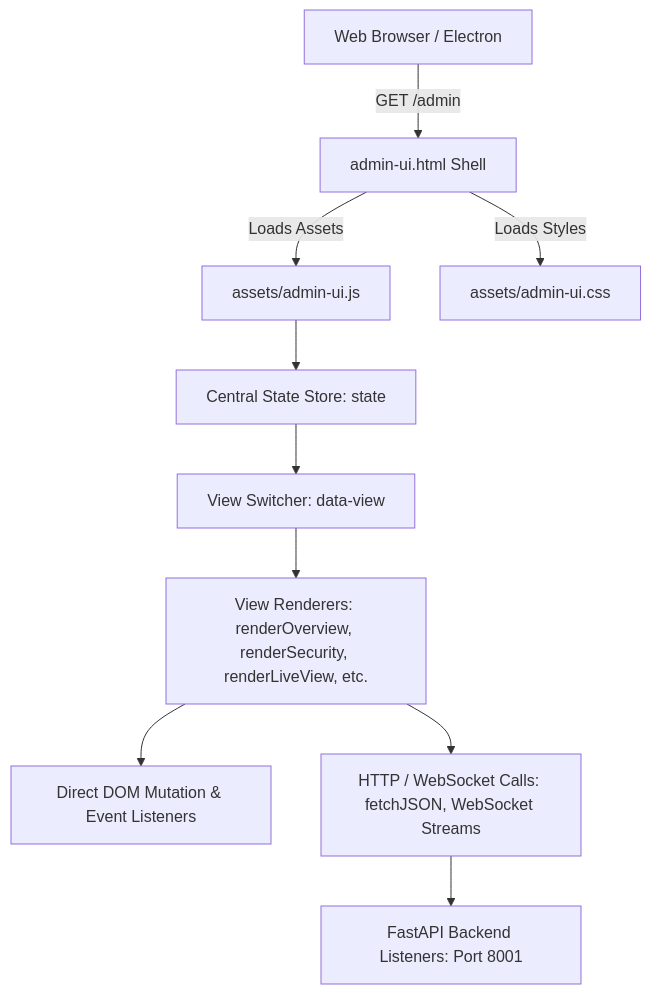
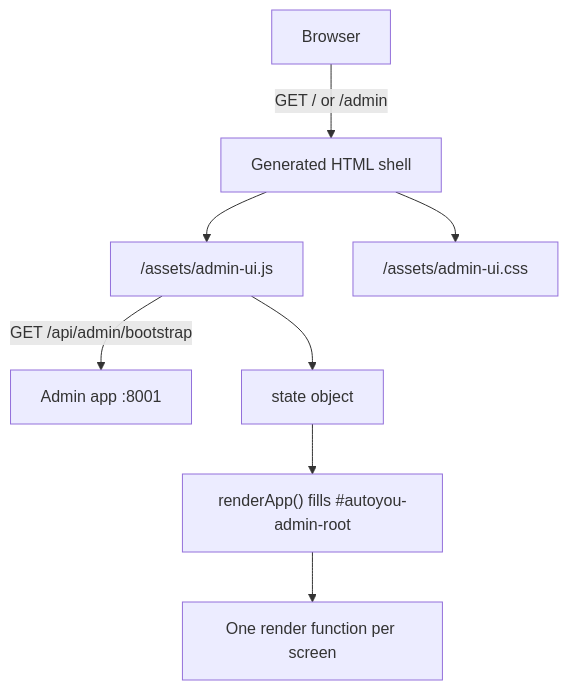
Before and after one commit to autoyou-ai/AutoYou-Server: the diagram in docs/admin-ui/architecture.mdx, drawn with Mermaid. The commit also changed other lines of this file and 64 other files, not shown here.

````diff
--- a/docs/admin-ui/architecture.mdx
+++ b/docs/admin-ui/architecture.mdx
@@ -13,14 +14,10 @@
 ```mermaid
 graph TD
-    Browser[Web Browser / Electron] -->|GET /admin| Shell[admin-ui.html Shell]
-    Shell -->|Loads Assets| JS[assets/admin-ui.js]
-    Shell -->|Loads Styles| CSS[assets/admin-ui.css]
-    
-    JS --> State[Central State Store: state]
-    State --> Router[View Switcher: data-view]
-    Router --> Screens[View Renderers: renderOverview, renderSecurity, renderLiveView, etc.]
-    
-    Screens --> DOM[Direct DOM Mutation & Event Listeners]
-    Screens --> API[HTTP / WebSocket Calls: fetchJSON, WebSocket Streams]
-    API --> ServerAPI[FastAPI Backend Listeners: Port 8001]
+    Browser[Browser] -->|"GET / or /admin"| Shell["Generated HTML shell"]
+    Shell --> JS["/assets/admin-ui.js"]
+    Shell --> CSS["/assets/admin-ui.css"]
+    JS -->|"GET /api/admin/bootstrap"| Admin["Admin app :8001"]
+    JS --> State["state object"]
+    State --> Render["renderApp() fills #autoyou-admin-root"]
+    Render --> Screens["One render function per screen"]
 ```
````
